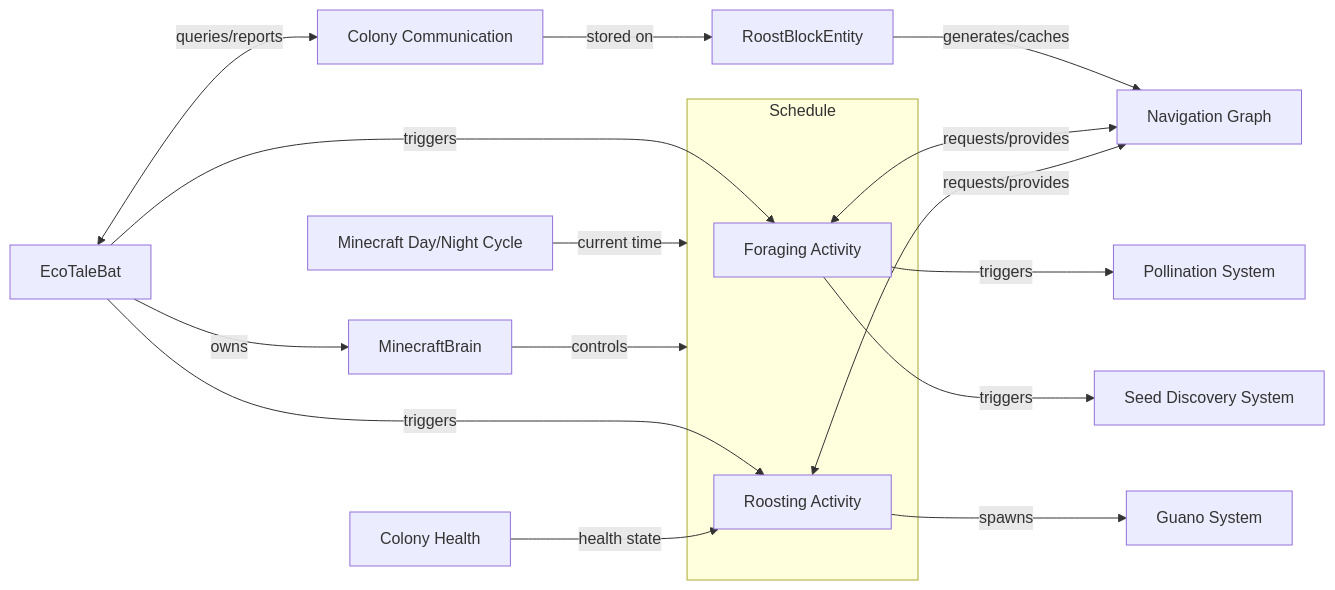
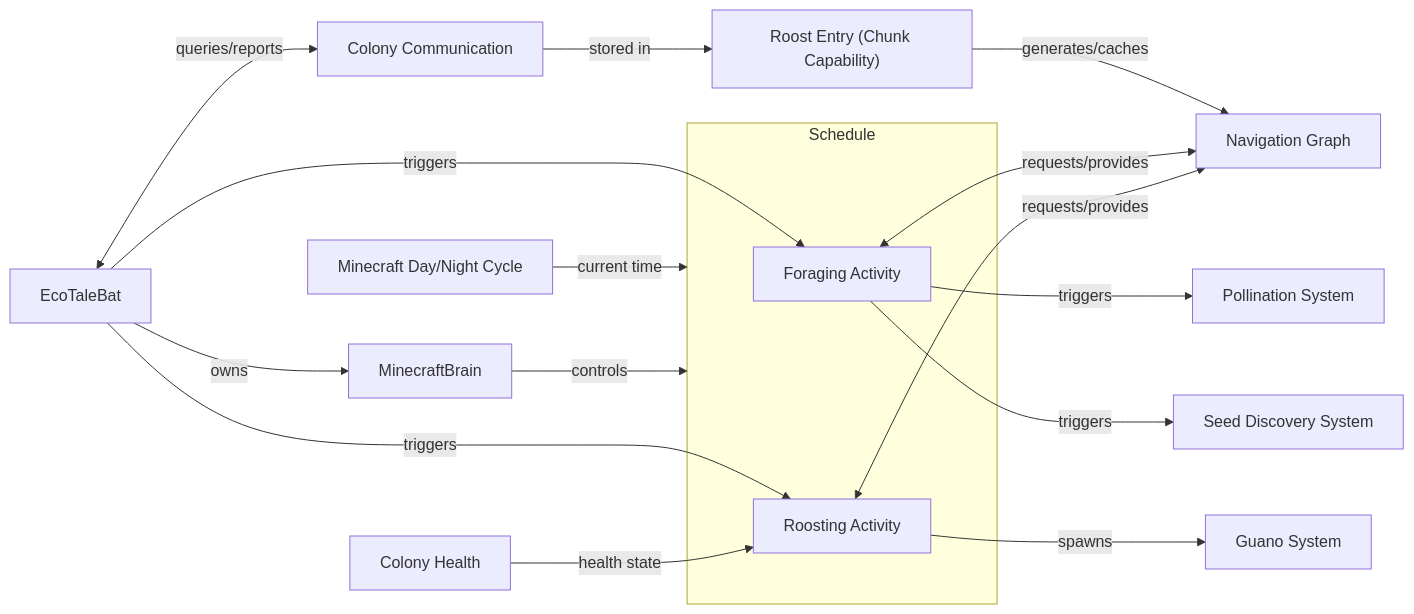
One commit to SoSly/EcoTale changed the diagram in docs/mobs/bats/AI Behavior Architecture.md. Above: the diagram before and after it, drawn with Mermaid. The commit also changed other lines of this file and 5 other files, not shown here.

First line of the commit message:
docs: add Natural Roosts Architecture and update bat docs for chunk capability

````diff
--- a/docs/mobs/bats/AI Behavior Architecture.md
+++ b/docs/mobs/bats/AI Behavior Architecture.md
@@ -13,44 +13,44 @@
 ```mermaid
 flowchart LR
-    RoostBlockEntity
+    RoostEntry["Roost Entry (Chunk Capability)"]
     EcoTaleBat
     Brain["MinecraftBrain"]
     MinecraftDayCycle["Minecraft Day/Night Cycle"]
 
     NavigationGraph["Navigation Graph"]
     ColonyComms["Colony Communication"]
 
     PollinationSystem["Pollination System"]
     SeedDiscovery["Seed Discovery System"]
     GuanoSystem["Guano System"]
     ColonyHealth["Colony Health"]
 
     %% Navigation Graph
-    RoostBlockEntity -->|"generates/caches"| NavigationGraph
+    RoostEntry -->|"generates/caches"| NavigationGraph
 
     %% Daily Cycle
     MinecraftDayCycle -->|"current time"| Schedule
     EcoTaleBat -->|"owns"| Brain
     Brain -->|"controls"| Schedule
 
     subgraph Schedule
         ForagingActivity["Foraging Activity"]
         RoostingActivity["Roosting Activity"]
     end
 
     %% Foraging Activity
     EcoTaleBat -->|"triggers"| ForagingActivity
     ForagingActivity <-->|"requests/provides"| NavigationGraph
     ForagingActivity -->|"triggers"| PollinationSystem
     ForagingActivity -->|"triggers"| SeedDiscovery
 
     %% Roosting Activity
     EcoTaleBat -->|"triggers"| RoostingActivity
     RoostingActivity <-->|"requests/provides"| NavigationGraph
     RoostingActivity -->|"spawns"| GuanoSystem
     ColonyHealth -->|"health state"| RoostingActivity
 
     %% Colony Communication
     EcoTaleBat <-->|"queries/reports"| ColonyComms
-    ColonyComms -->|"stored on"| RoostBlockEntity
+    ColonyComms -->|"stored in"| RoostEntry
 ```
````
